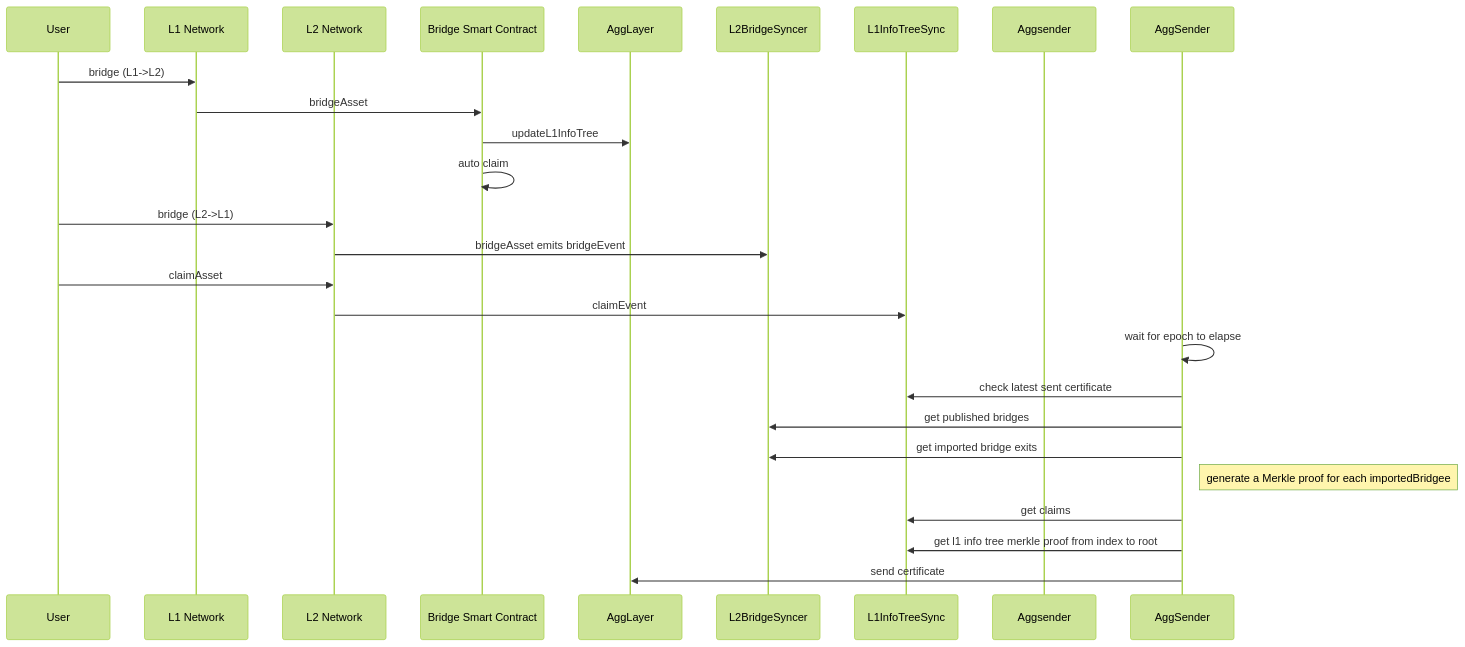
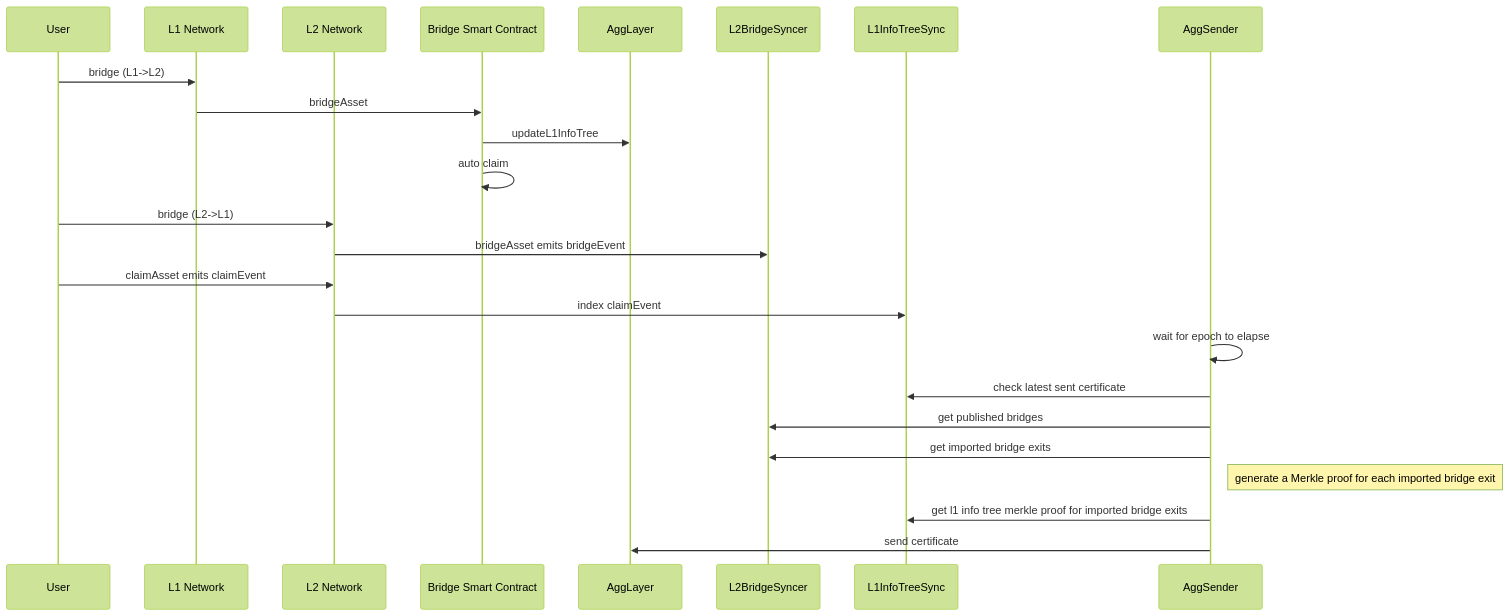
One commit to agglayer/aggkit changed the second of 3 diagrams in docs/aggsender.md. Above: the diagram before and after it, drawn with Mermaid (forest theme). The commit also changed other lines of this file and 1 other file, not shown here.

Commit message:
feat: `aggsender` docs update (#255)

````diff
--- a/docs/aggsender.md
+++ b/docs/aggsender.md
@@ -49,31 +51,30 @@
 ```mermaid
 sequenceDiagram
     participant User
     participant L1RPC as L1 Network
     participant L2RPC as L2 Network
     participant Bridge as Bridge Smart Contract
     participant AggLayer
     participant L2BridgeSyncer
     participant L1InfoTreeSync
-    participant Aggsender
+    participant AggSender
 
     User->>L1RPC: bridge (L1->L2)
     L1RPC->>Bridge: bridgeAsset
     Bridge->>AggLayer: updateL1InfoTree
     Bridge->>Bridge: auto claim
 
     User->>L2RPC: bridge (L2->L1)
     L2RPC->>L2BridgeSyncer: bridgeAsset emits bridgeEvent
 
-    User->>L2RPC: claimAsset
-    L2RPC->>L1InfoTreeSync: claimEvent
+    User->>L2RPC: claimAsset emits claimEvent
+    L2RPC->>L1InfoTreeSync: index claimEvent
 
     AggSender->>AggSender: wait for epoch to elapse
     AggSender->>L1InfoTreeSync: check latest sent certificate
     AggSender->>L2BridgeSyncer: get published bridges
     AggSender->>L2BridgeSyncer: get imported bridge exits
-    Note right of AggSender: generate a Merkle proof for each importedBridgee
-    AggSender->>L1InfoTreeSync: get claims
-    AggSender->>L1InfoTreeSync: get l1 info tree merkle proof from index to root
+    Note right of AggSender: generate a Merkle proof for each imported bridge exit
+    AggSender->>L1InfoTreeSync: get l1 info tree merkle proof for imported bridge exits
     AggSender->>AggLayer: send certificate
 ```
````
